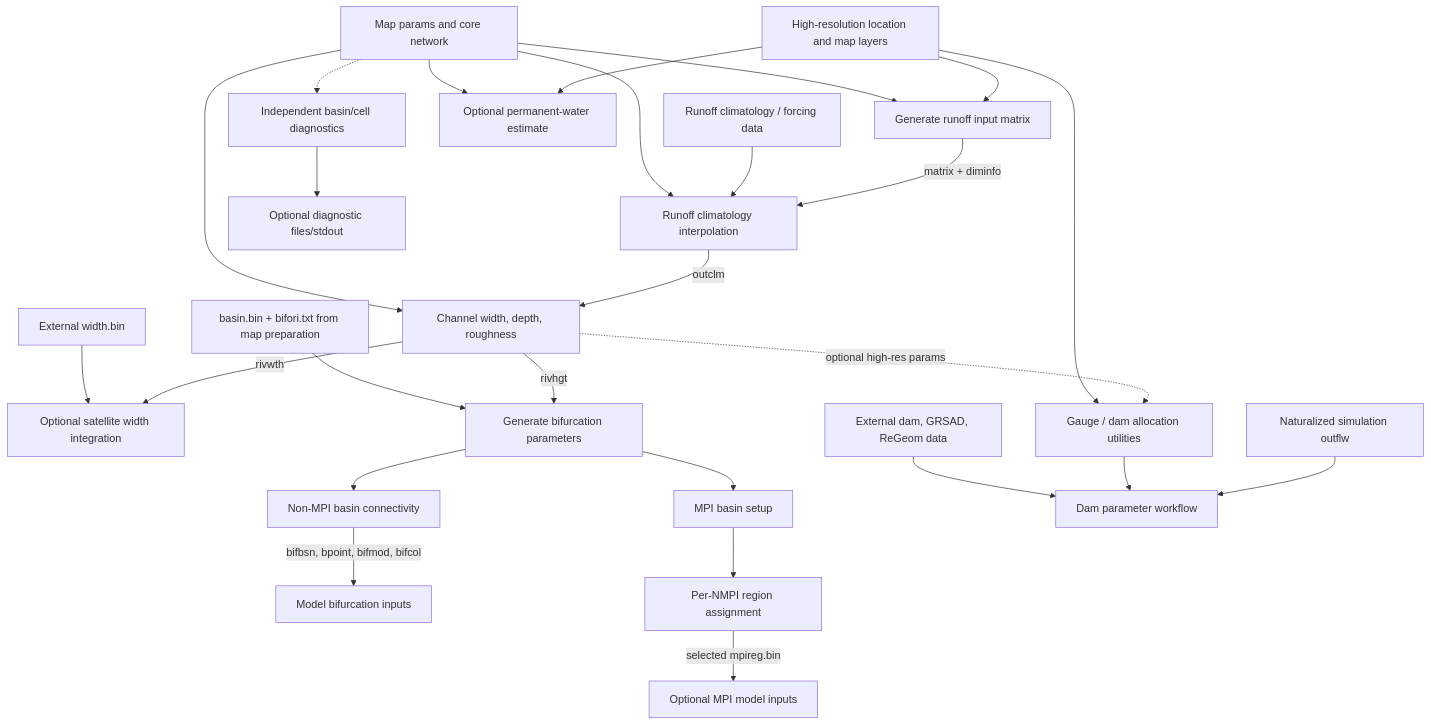
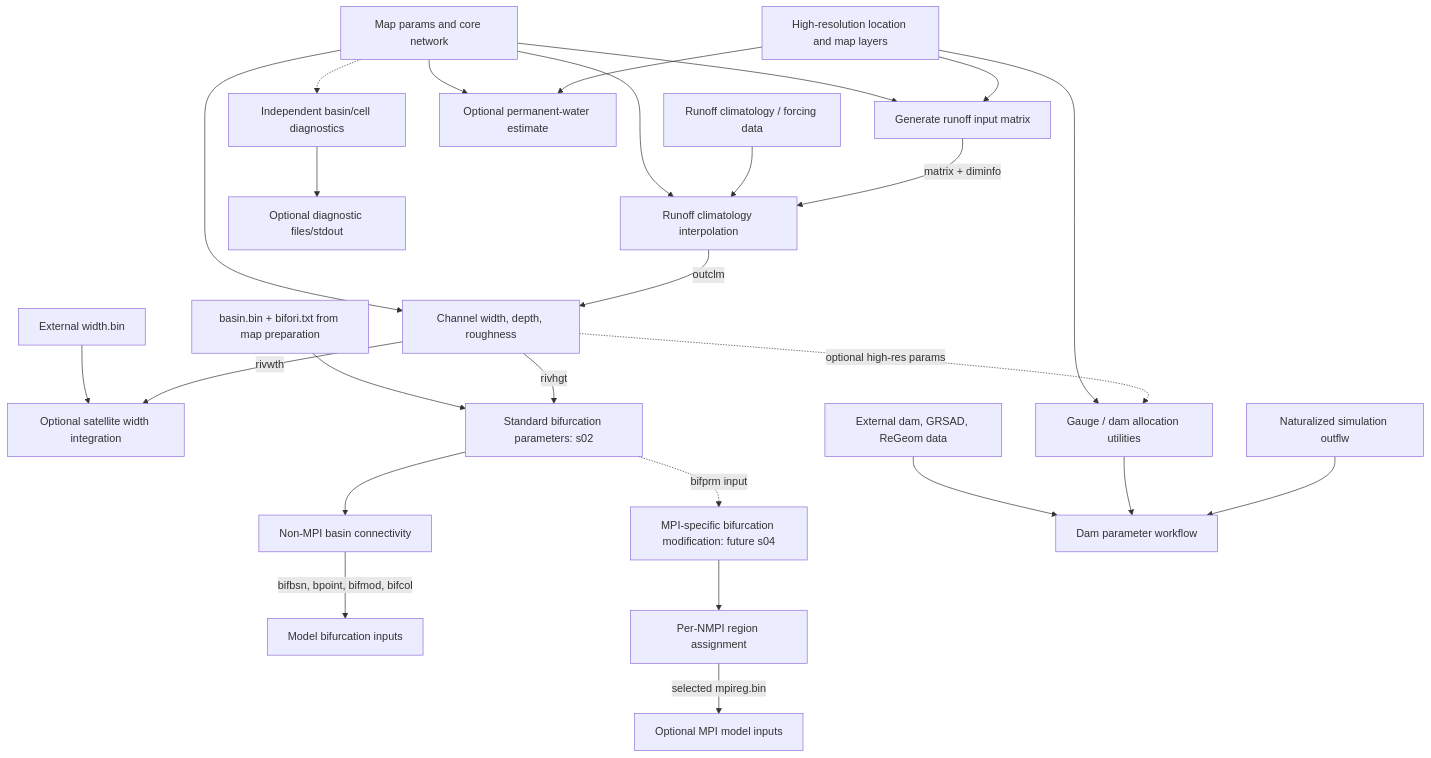
One commit to global-hydrodynamics/CaMa-Flood_v4 changed the diagram in docs/map_params_migration_plan.md. Above: the diagram before and after it, drawn with Mermaid. The commit also changed other lines of this file and 41 other files, not shown here.

````diff
--- a/docs/map_params_migration_plan.md
+++ b/docs/map_params_migration_plan.md
@@ -71,28 +71,28 @@
 ```mermaid
 flowchart TD
   H[High-resolution location and map layers] --> IM[Generate runoff input matrix]
   P[Map params and core network] --> IM
   IM -->|matrix + diminfo| Q[Runoff climatology interpolation]
   R[Runoff climatology / forcing data] --> Q
   P --> Q
   Q -->|outclm| CH[Channel width, depth, roughness]
   P --> CH
   CH -->|rivwth| GW[Optional satellite width integration]
   W[External width.bin] --> GW
-  CH -->|rivhgt| BF[Generate bifurcation parameters]
+  CH -->|rivhgt| BF[Standard bifurcation parameters: s02]
   B[basin.bin + bifori.txt from map preparation] --> BF
   BF --> BC[Non-MPI basin connectivity]
   BC -->|bifbsn, bpoint, bifmod, bifcol| X[Model bifurcation inputs]
-  BF --> MB[MPI basin setup]
+  BF -. bifprm input .-> MB[MPI-specific bifurcation modification: future s04]
   MB --> MR[Per-NMPI region assignment]
   MR -->|selected mpireg.bin| MPI[Optional MPI model inputs]
   H --> PW[Optional permanent-water estimate]
   P --> PW
   CH -. optional high-res params .-> ALLOC[Gauge / dam allocation utilities]
   H --> ALLOC
   SIM[Naturalized simulation outflw] --> DAM[Dam parameter workflow]
   ALLOC --> DAM
   EXT[External dam, GRSAD, ReGeom data] --> DAM
   P -.-> ANA[Independent basin/cell diagnostics]
   ANA --> AO[Optional diagnostic files/stdout]
 ```
````
